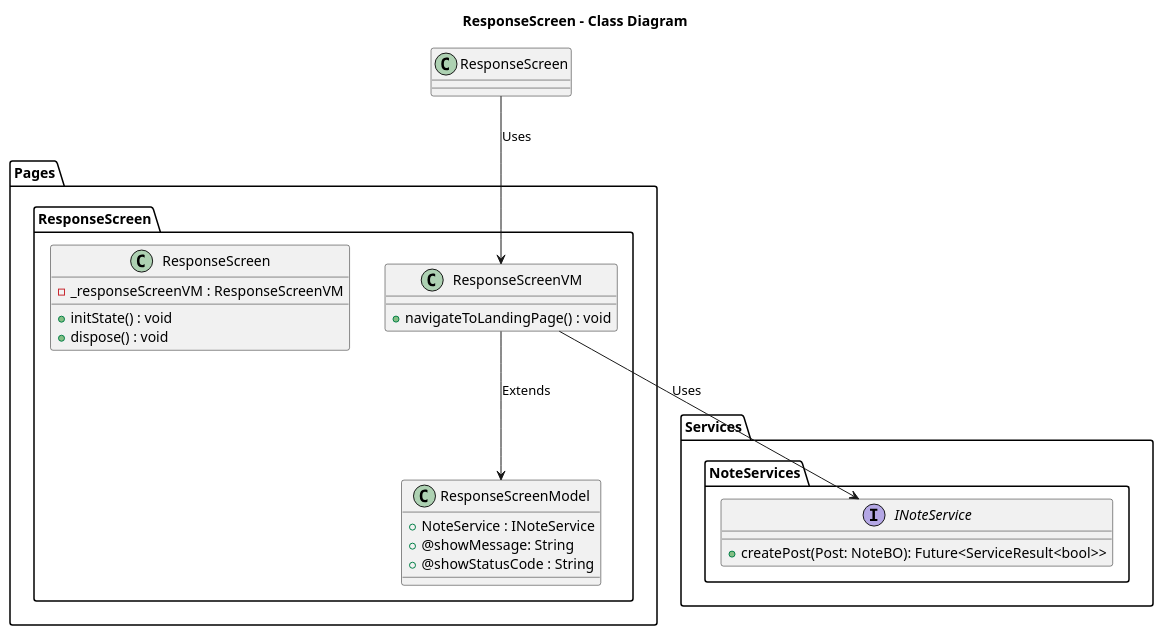
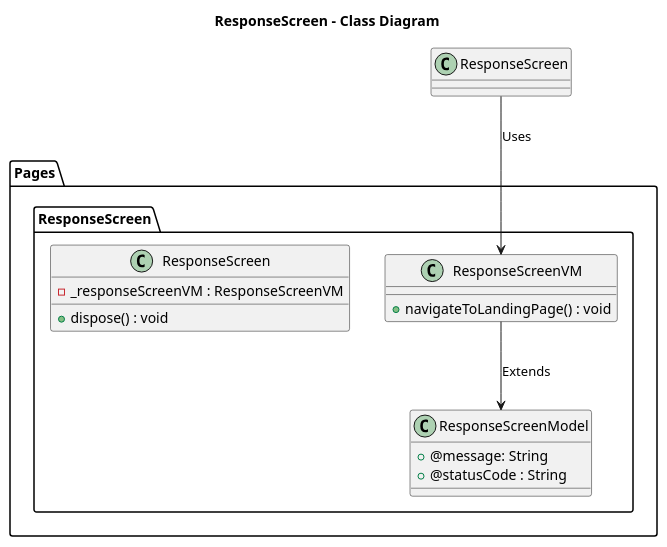
One commit to ThirumuruganArumugam/social_media changed the diagram in lib/Pages/ResponseScreen/Design/ResponseScreen-Class.puml. Above: the diagram before and after it, drawn with PlantUML. The commit also changed 3 other files, not shown here.

Commit message:
change in postScreen naming and parameter adding && change in response screen method's && change in utilities mapping

```diff
--- a/lib/Pages/ResponseScreen/Design/ResponseScreen-Class.puml
+++ b/lib/Pages/ResponseScreen/Design/ResponseScreen-Class.puml
@@ -1,34 +1,23 @@
 @startuml ResponseScreen - Class
 
 title ResponseScreen - Class Diagram
 
 package Pages{
     package ResponseScreen{
         class ResponseScreenModel{
-            + NoteService : INoteService
-            + @showMessage: String
-            + @showStatusCode : String
+            + @message: String
+            + @statusCode : String
         }
         class ResponseScreenVM{
             + navigateToLandingPage() : void
         }
         class ResponseScreen{
             - _responseScreenVM : ResponseScreenVM
-            + initState() : void
             + dispose() : void
-        }
-    }
-}
-
-package Services{
-    package NoteServices{
-        interface INoteService{
-            + createPost(Post: NoteBO): Future<ServiceResult<bool>>
         }
     }
 }
 
 ResponseScreen --> ResponseScreenVM : Uses
 ResponseScreenVM --> ResponseScreenModel : Extends
-ResponseScreenVM --> INoteService : Uses
 @enduml
```
